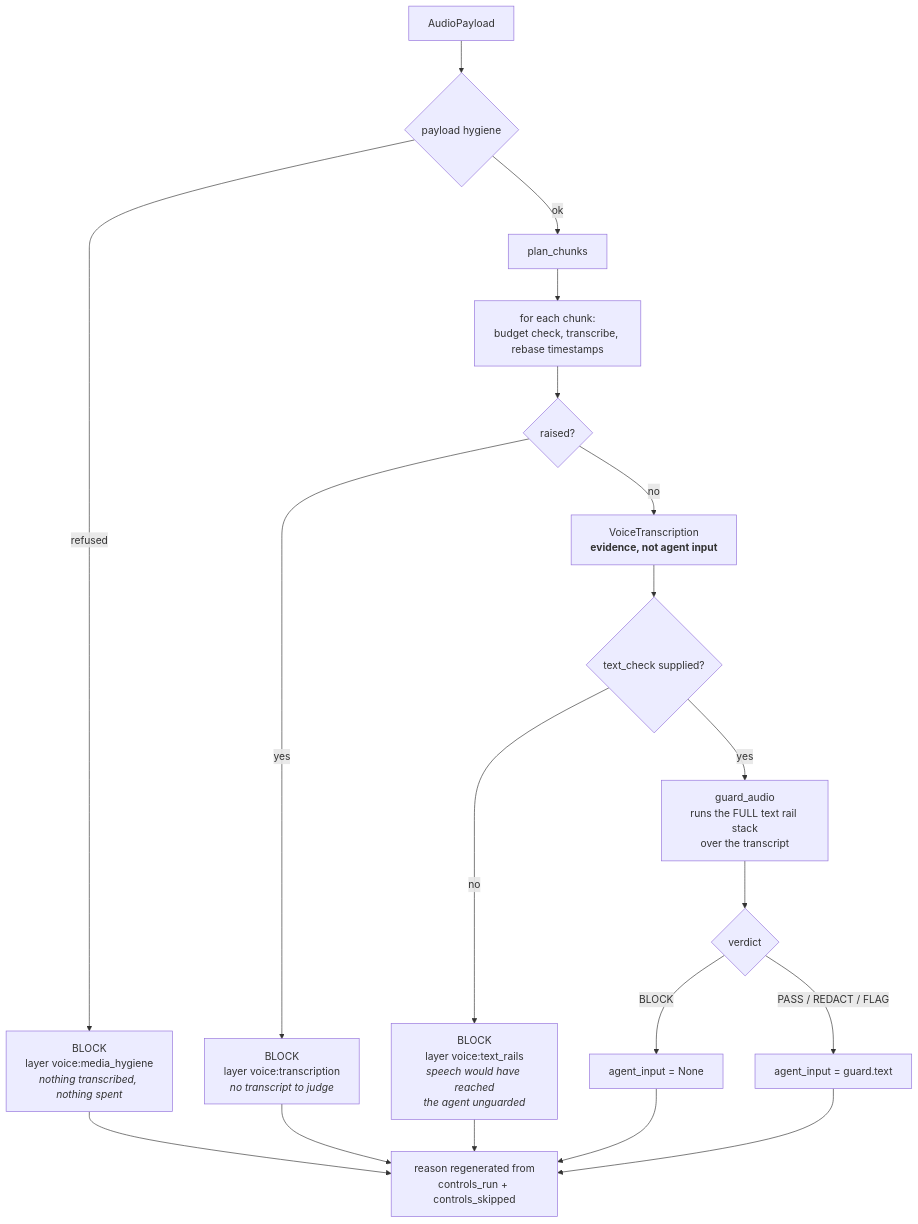
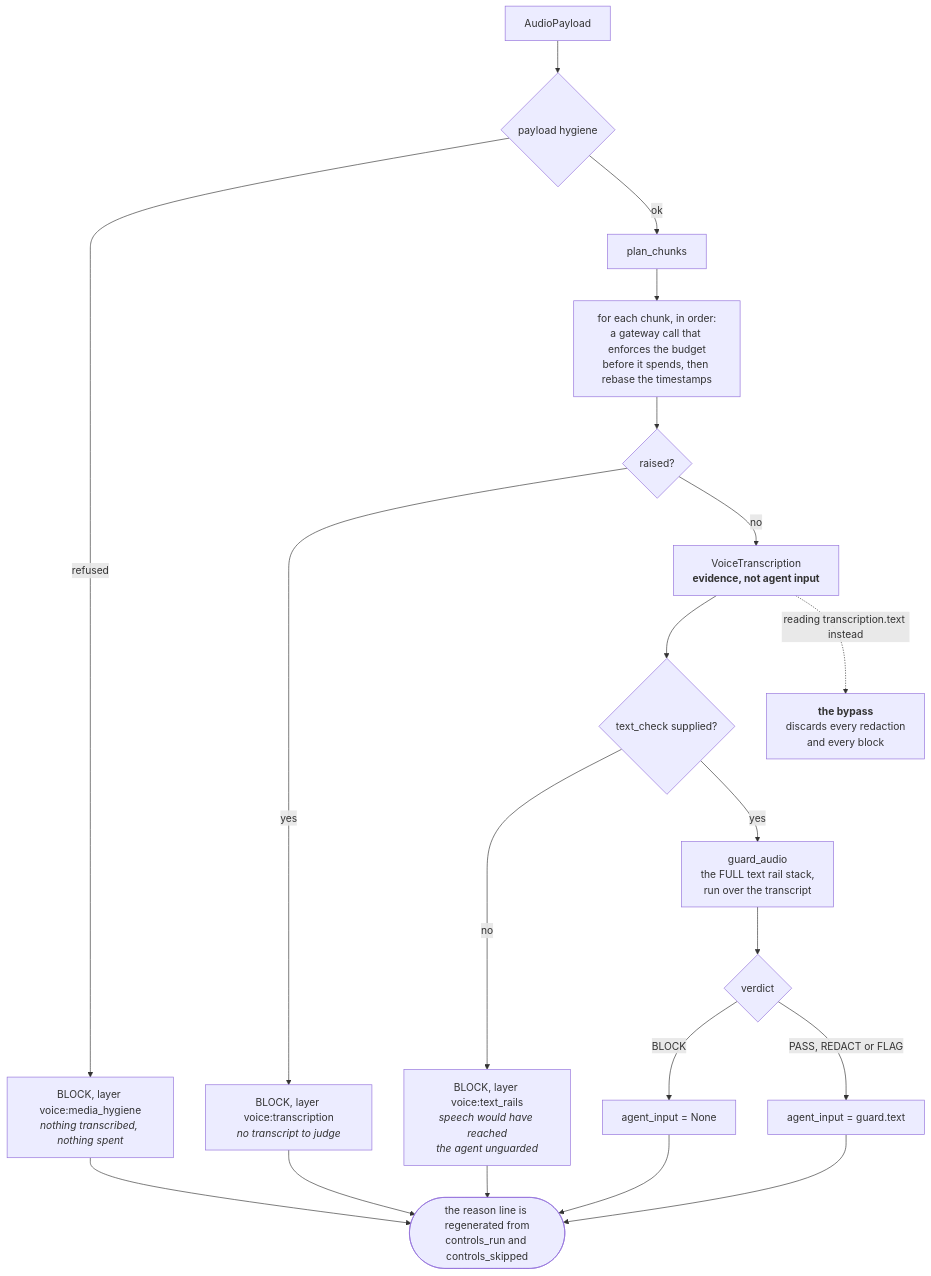
Before and after one commit to yrevash/aegis: the first of 4 diagrams in docs/teaching/voice/40-diagrams.md, drawn with Mermaid. The commit also changed other lines of this file and 111 other files, not shown here.

````diff
--- a/docs/teaching/voice/40-diagrams.md
+++ b/docs/teaching/voice/40-diagrams.md
@@ -45,29 +15,31 @@
 ```mermaid
 flowchart TB
     A["AudioPayload"] --> H{"payload hygiene"}
-    H -->|"refused"| X1["BLOCK<br/>layer voice:media_hygiene<br/><i>nothing transcribed, nothing spent</i>"]
+    H -->|refused| X1["BLOCK, layer voice:media_hygiene<br/><i>nothing transcribed, nothing spent</i>"]
 
     H -->|ok| P["plan_chunks"]
-    P --> LOOP["for each chunk:<br/>budget check, transcribe, rebase timestamps"]
+    P --> LOOP["for each chunk, in order:<br/>a gateway call that enforces the budget<br/>before it spends, then rebase the timestamps"]
 
     LOOP --> E{"raised?"}
-    E -->|yes| X2["BLOCK<br/>layer voice:transcription<br/><i>no transcript to judge</i>"]
+    E -->|yes| X2["BLOCK, layer voice:transcription<br/><i>no transcript to judge</i>"]
 
     E -->|no| T["VoiceTranscription<br/><b>evidence, not agent input</b>"]
 
     T --> RC{"text_check supplied?"}
-    RC -->|no| X3["BLOCK<br/>layer voice:text_rails<br/><i>speech would have reached<br/>the agent unguarded</i>"]
+    RC -->|no| X3["BLOCK, layer voice:text_rails<br/><i>speech would have reached<br/>the agent unguarded</i>"]
 
-    RC -->|yes| G["guard_audio<br/>runs the FULL text rail stack<br/>over the transcript"]
+    RC -->|yes| G["guard_audio<br/>the FULL text rail stack,<br/>run over the transcript"]
 
     G --> V{"verdict"}
     V -->|BLOCK| X4["agent_input = None"]
-    V -->|"PASS / REDACT / FLAG"| OK["agent_input = guard.text"]
+    V -->|"PASS, REDACT or FLAG"| OK["agent_input = guard.text"]
 
     X1 --> COV
     X2 --> COV
     X3 --> COV
     X4 --> COV
     OK --> COV
-    COV["reason regenerated from<br/>controls_run + controls_skipped"]
+    COV(["the reason line is regenerated from<br/>controls_run and controls_skipped"])
+
+    T -.->|"reading transcription.text instead"| BAD["<b>the bypass</b><br/>discards every redaction<br/>and every block"]
 ```
````
